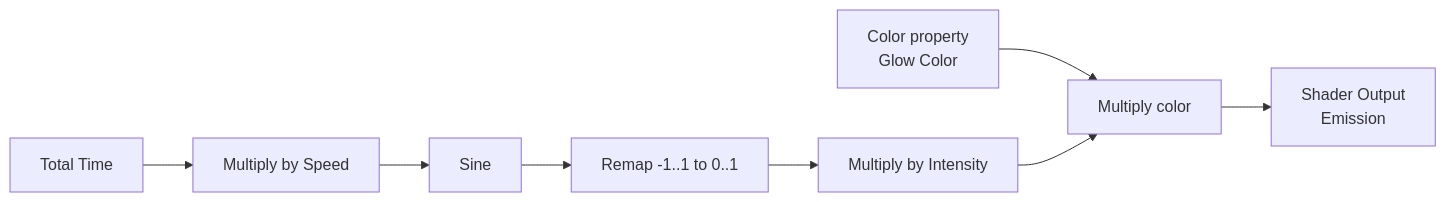
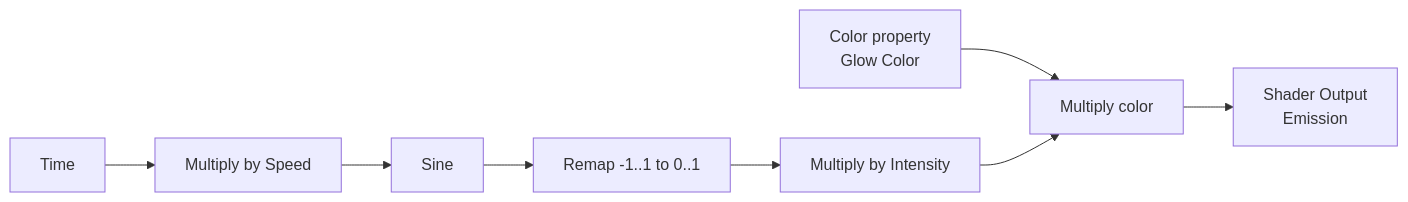
The second of 3 diagrams in Docs/Manual/ShaderGraphExamples.md (hcfgod/KeireEngine), drawn with Mermaid before and after one commit. The commit also changed other lines of this file and 75 other files, not shown here.

````diff
--- a/Docs/Manual/ShaderGraphExamples.md
+++ b/Docs/Manual/ShaderGraphExamples.md
@@ -38,10 +43,10 @@
 ```mermaid
 flowchart LR
-    Time["Total Time"] --> Speed["Multiply by Speed"]
+    Time["Time"] --> Speed["Multiply by Speed"]
     Speed --> Wave["Sine"]
     Wave --> Remap["Remap -1..1 to 0..1"]
     Remap --> Strength["Multiply by Intensity"]
     Glow["Color property<br/>Glow Color"] --> ColorScale["Multiply color"]
     Strength --> ColorScale
     ColorScale --> Emission["Shader Output<br/>Emission"]
 ```
````
